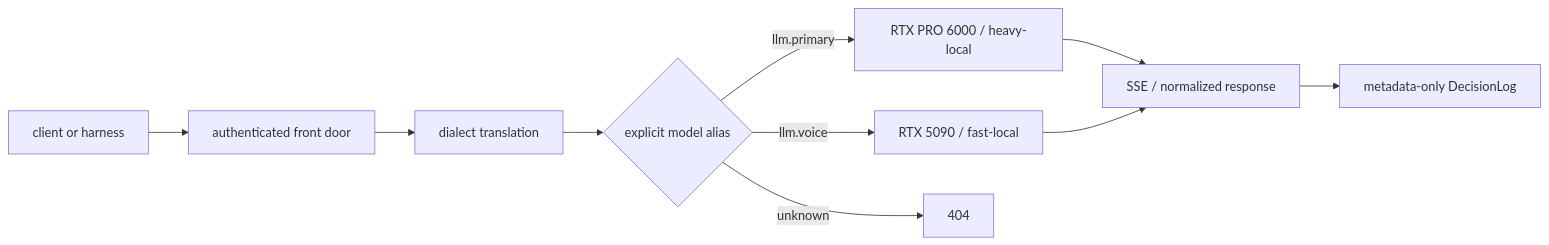
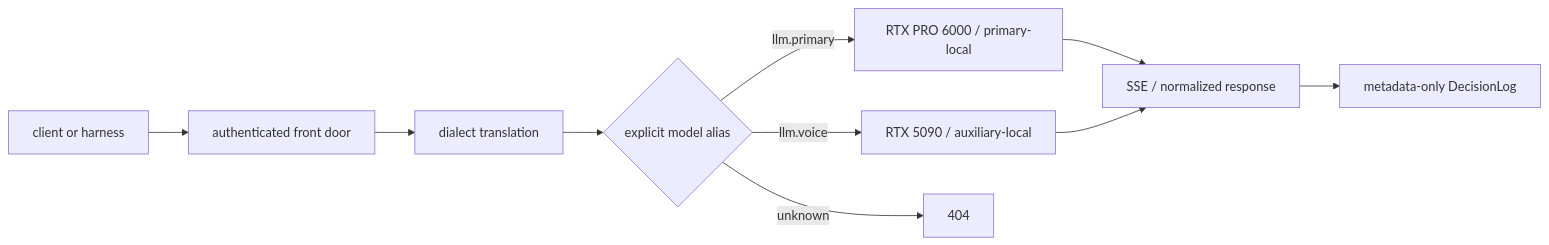
One commit to fakoli/anvil-serving changed the first of 2 diagrams in docs/ARCHITECTURE.md. Above: the diagram before and after it, drawn with Mermaid. The commit also changed 74 other files, not shown here.

````diff
--- a/docs/ARCHITECTURE.md
+++ b/docs/ARCHITECTURE.md
@@ -7,12 +7,12 @@
 ```mermaid
 flowchart LR
     C["client or harness"] --> A["authenticated front door"]
     A --> D["dialect translation"]
     D --> R{"explicit model alias"}
-    R -->|"llm.primary"| H["RTX PRO 6000 / heavy-local"]
-    R -->|"llm.voice"| F["RTX 5090 / fast-local"]
+    R -->|"llm.primary"| H["RTX PRO 6000 / primary-local"]
+    R -->|"llm.voice"| F["RTX 5090 / auxiliary-local"]
     R -->|"unknown"| X["404"]
     H --> S["SSE / normalized response"]
     F --> S
     S --> L["metadata-only DecisionLog"]
 ```
````
